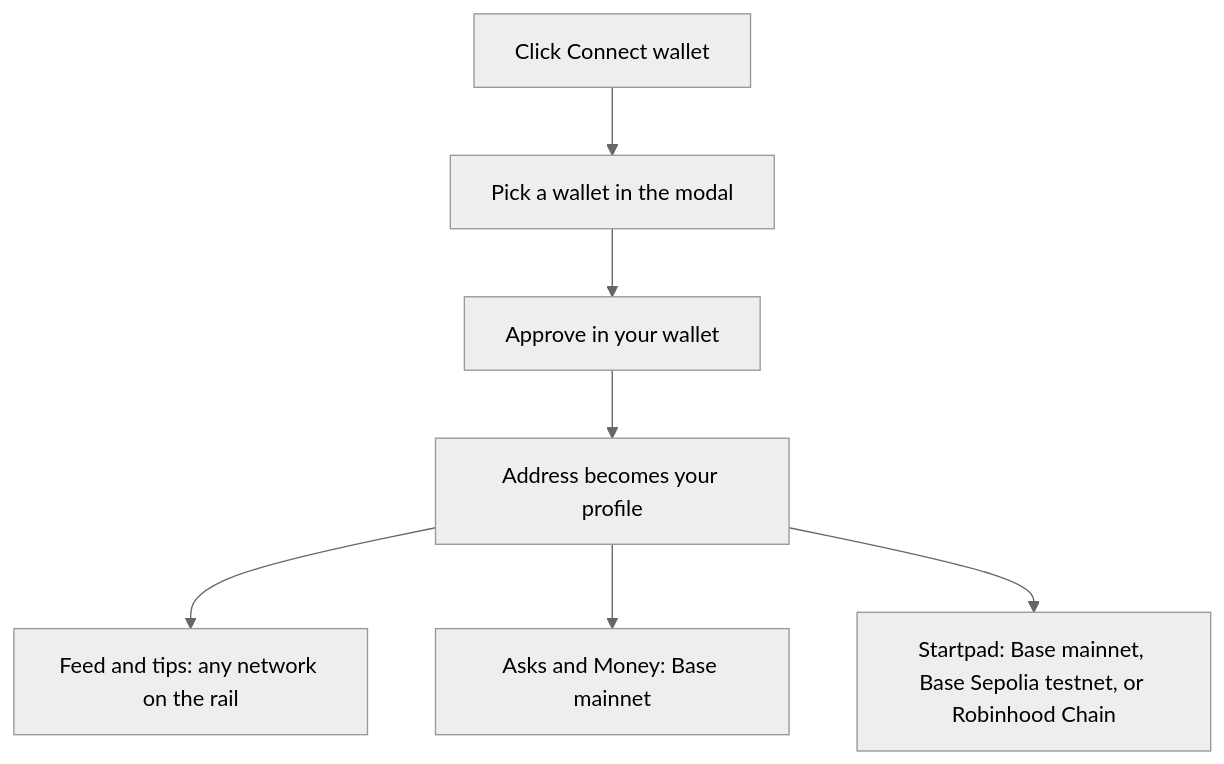
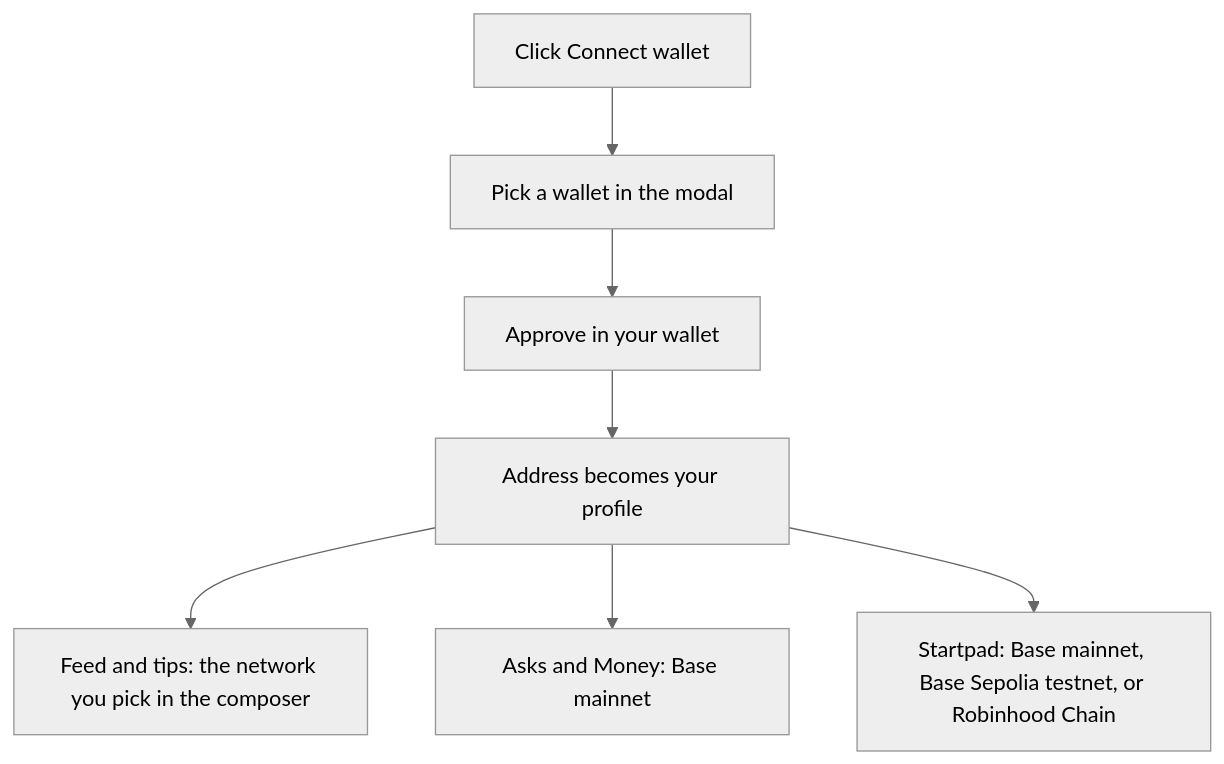
Before and after one commit to Story91/mysphere: the diagram in app/Docs/_content/getting-started.md, drawn with Mermaid (neutral theme). The commit also changed other lines of this file and 16 other files, not shown here.

````diff
--- a/app/Docs/_content/getting-started.md
+++ b/app/Docs/_content/getting-started.md
@@ -27,9 +38,9 @@
 ```mermaid
 flowchart TD
     A["Click Connect wallet"] --> B["Pick a wallet in the modal"]
     B --> C["Approve in your wallet"]
     C --> D["Address becomes your profile"]
-    D --> E["Feed and tips: any network on the rail"]
+    D --> E["Feed and tips: the network you pick in the composer"]
     D --> F["Asks and Money: Base mainnet"]
     D --> G["Startpad: Base mainnet, Base Sepolia testnet, or Robinhood Chain"]
 ```
````
